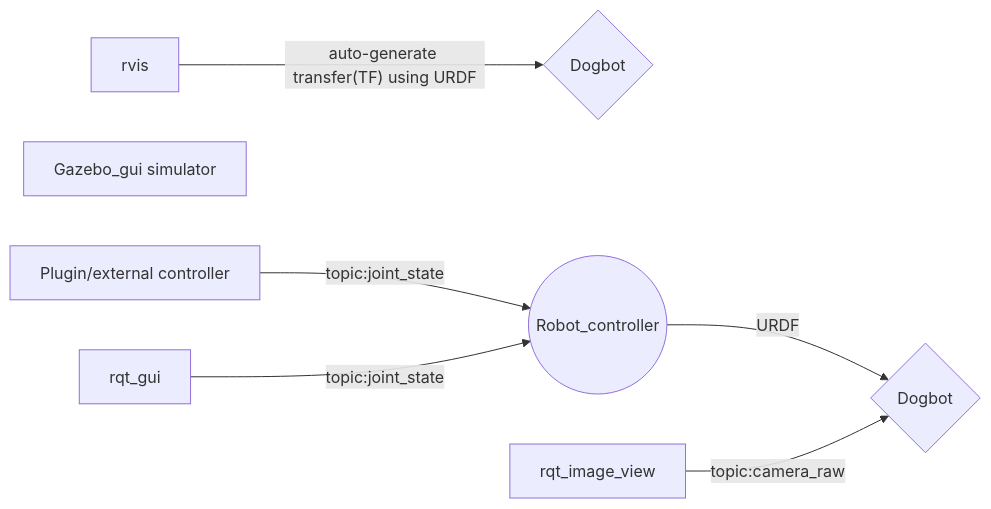
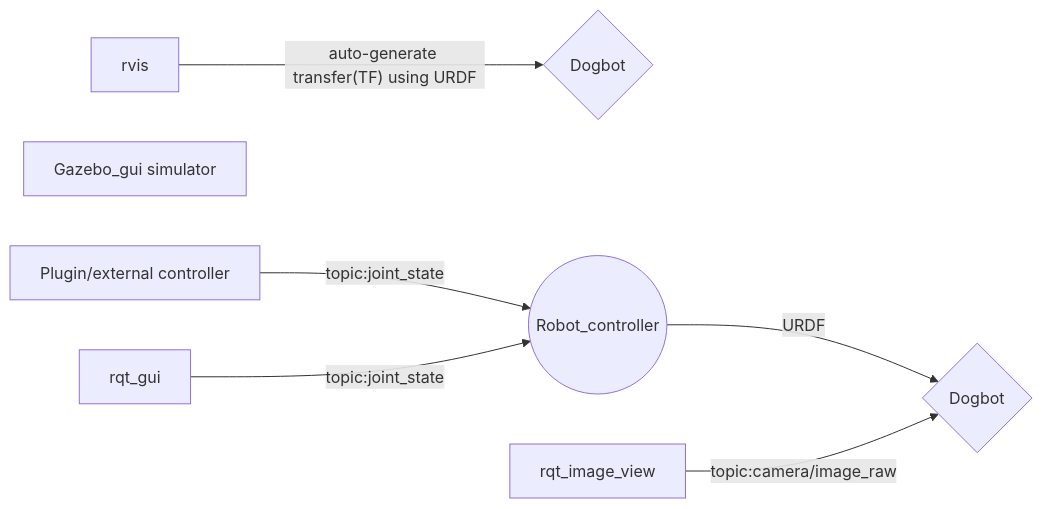
Before and after one commit to bsyh/dogbot_ros: the diagram in README.md, drawn with Mermaid.

````diff
--- a/README.md
+++ b/README.md
@@ -54,10 +54,10 @@
 ```mermaid
 graph LR
 R[rvis] --"auto-generate transfer(TF) using URDF"--> V{Dogbot}
 
 Z[Gazebo_gui simulator]
 
 X[Plugin/external controller] --  topic:joint_state --> B
 H[rqt_gui] -- topic:joint_state -->B((Robot_controller)) --URDF-->F{Dogbot}
-A[rqt_image_view] -- topic:camera_raw --> F
+A[rqt_image_view] -- topic:camera/image_raw --> F
 ```
````
